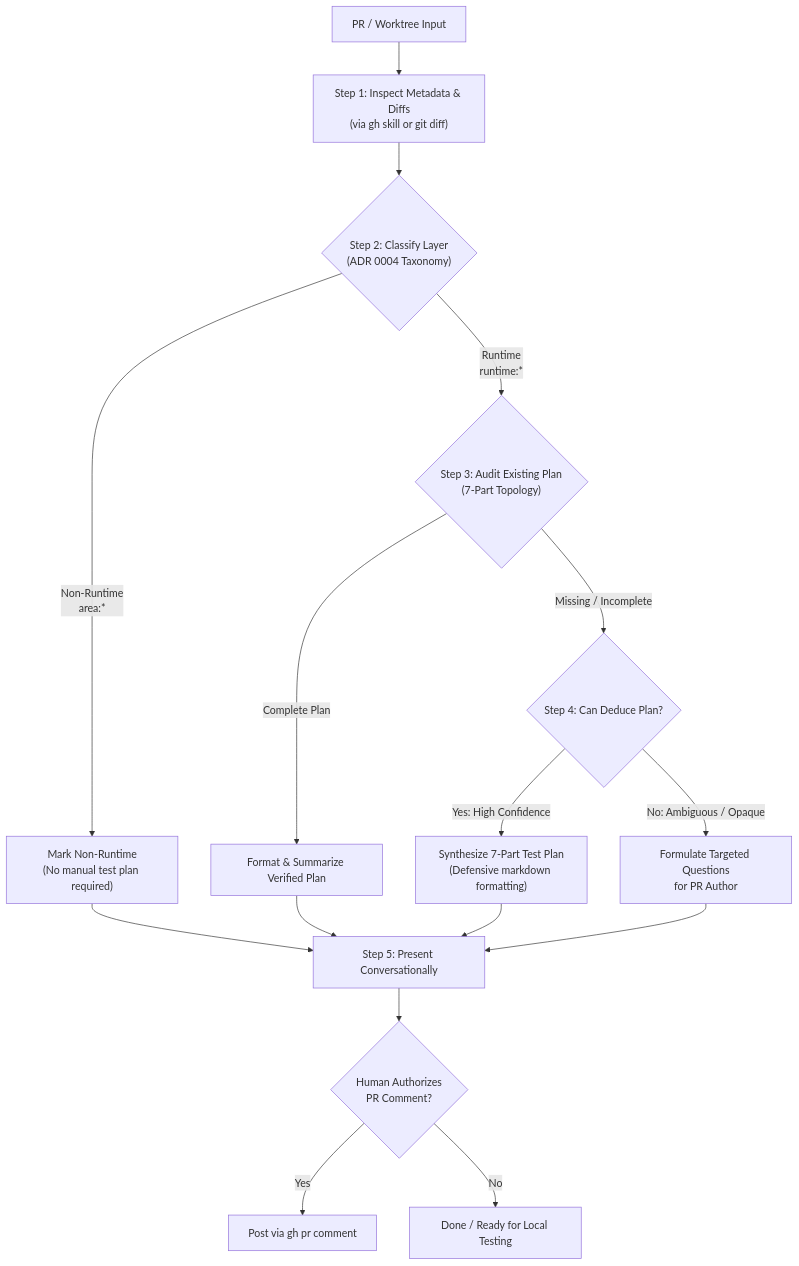
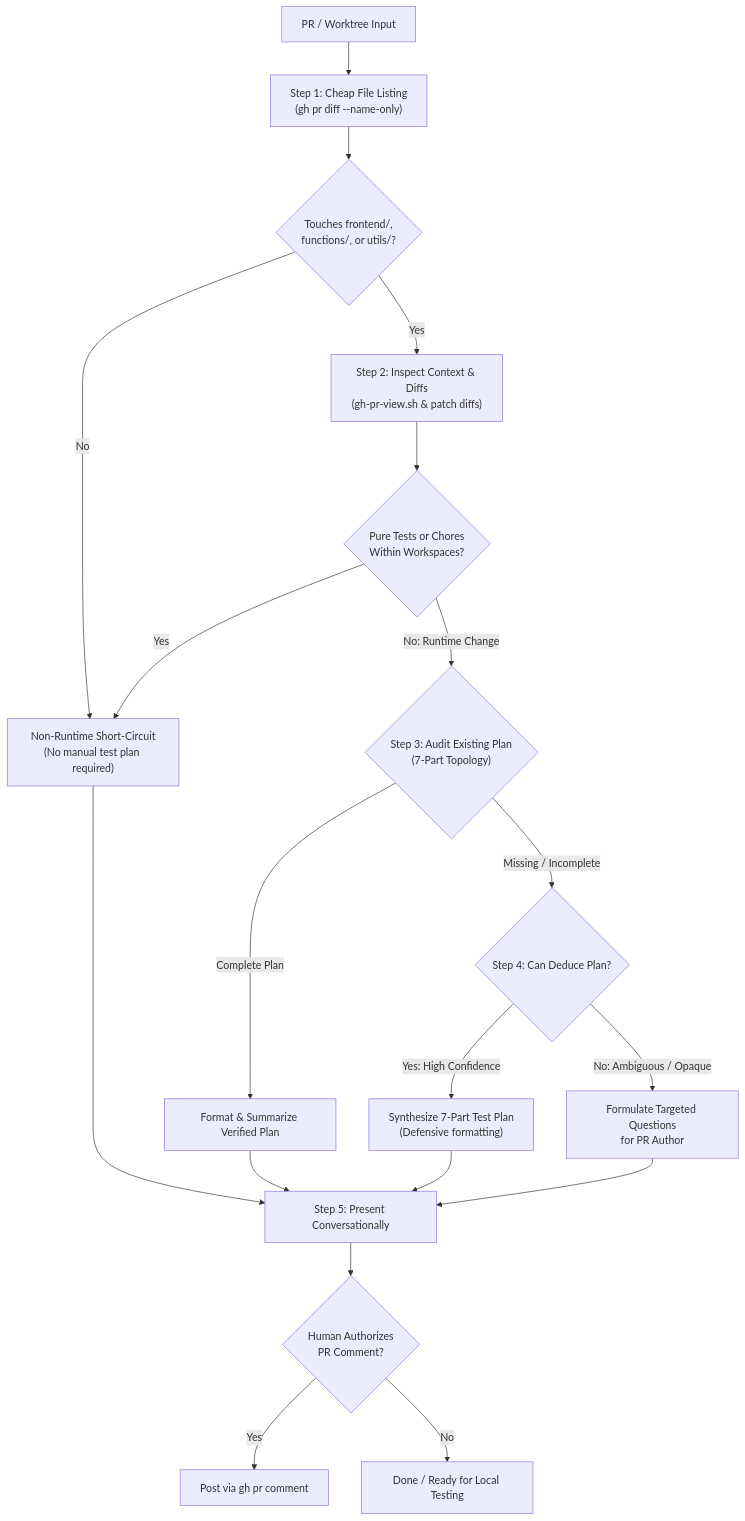
One commit to PAIR-code/deliberate-lab changed the diagram in .agents/skills/pr-test-plan/SKILL.md. Above: the diagram before and after it, drawn with Mermaid. The commit also changed other lines of this file, not shown here.

Commit message:
feat(skills): add cheap touched-files short-circuit to pr-test-plan (#1254)

````diff
--- a/.agents/skills/pr-test-plan/SKILL.md
+++ b/.agents/skills/pr-test-plan/SKILL.md
@@ -44,18 +29,21 @@
 ```mermaid
 flowchart TD
-    Start["PR / Worktree Input"] --> Inspect["Step 1: Inspect Metadata & Diffs<br>(via gh skill or git diff)"]
-    Inspect --> Classify{"Step 2: Classify Layer<br>(ADR 0004 Taxonomy)"}
-    Classify -->|Non-Runtime<br>area:*| NonRuntime["Mark Non-Runtime<br>(No manual test plan required)"]
-    Classify -->|Runtime<br>runtime:*| Audit{"Step 3: Audit Existing Plan<br>(7-Part Topology)"}
+    Start["PR / Worktree Input"] --> Step1["Step 1: Cheap File Listing<br>(gh pr diff --name-only)"]
+    Step1 --> ShortCircuit{"Touches frontend/,<br>functions/, or utils/?"}
+    ShortCircuit -->|No| NonRuntime["Non-Runtime Short-Circuit<br>(No manual test plan required)"]
+    ShortCircuit -->|Yes| Step2["Step 2: Inspect Context & Diffs<br>(gh-pr-view.sh & patch diffs)"]
+    Step2 --> Classify{"Pure Tests or Chores<br>Within Workspaces?"}
+    Classify -->|Yes| NonRuntime
+    Classify -->|No: Runtime Change| Audit{"Step 3: Audit Existing Plan<br>(7-Part Topology)"}
     Audit -->|Complete Plan| Verify["Format & Summarize Verified Plan"]
     Audit -->|Missing / Incomplete| Deduce{"Step 4: Can Deduce Plan?"}
-    Deduce -->|Yes: High Confidence| Synthesize["Synthesize 7-Part Test Plan<br>(Defensive markdown formatting)"]
+    Deduce -->|Yes: High Confidence| Synthesize["Synthesize 7-Part Test Plan<br>(Defensive formatting)"]
     Deduce -->|No: Ambiguous / Opaque| Guidance["Formulate Targeted Questions<br>for PR Author"]
     NonRuntime --> Present["Step 5: Present Conversationally"]
     Verify --> Present
     Synthesize --> Present
     Guidance --> Present
     Present --> Auth{"Human Authorizes<br>PR Comment?"}
     Auth -->|Yes| PostComment["Post via gh pr comment"]
     Auth -->|No| Done["Done / Ready for Local Testing"]
 ```
````
